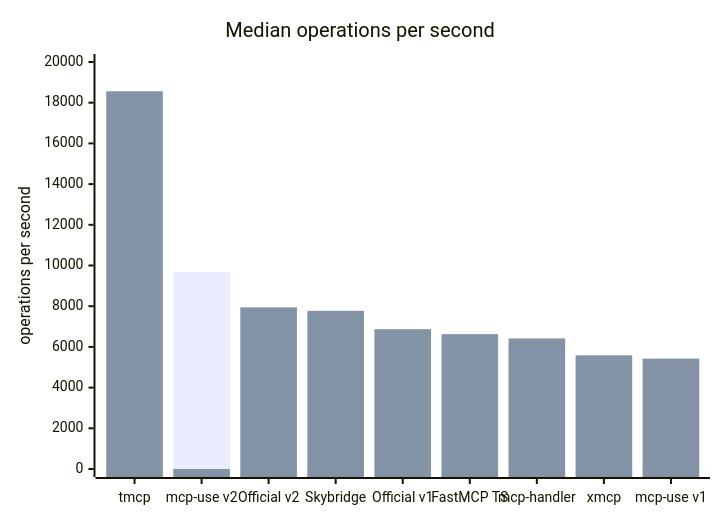
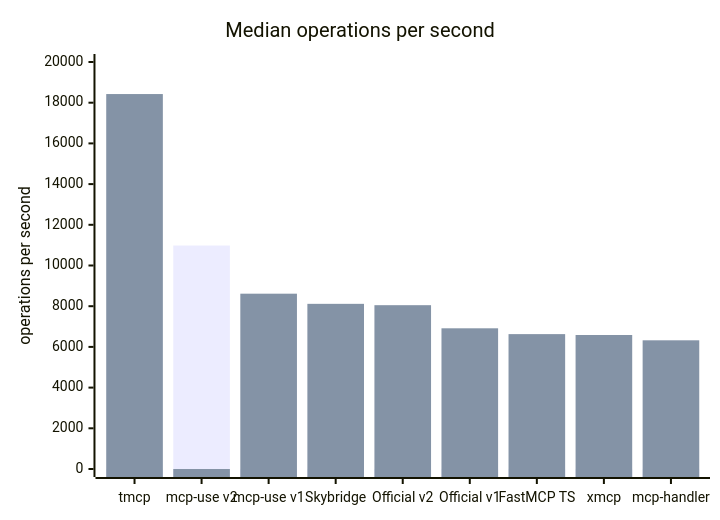
One commit to mcp-use/mcp-use changed the first of 4 diagrams in benchmark.md. Above: the diagram before and after it, drawn with Mermaid. The commit also changed other lines of this file and 1 other file, not shown here.

````diff
--- a/benchmark.md
+++ b/benchmark.md
@@ -27,8 +28,8 @@
 ```mermaid
 xychart
   title "Median operations per second"
-  x-axis ["tmcp", "mcp-use v2", "Official v2", "Skybridge", "Official v1", "FastMCP TS", "mcp-handler", "xmcp", "mcp-use v1"]
+  x-axis ["tmcp", "mcp-use v2", "mcp-use v1", "Skybridge", "Official v2", "Official v1", "FastMCP TS", "xmcp", "mcp-handler"]
   y-axis "operations per second" 0 --> 20000
-  bar [0, 9682, 0, 0, 0, 0, 0, 0, 0]
-  bar [18562, 0, 7943, 7773, 6871, 6628, 6416, 5585, 5424]
+  bar [0, 10982, 0, 0, 0, 0, 0, 0, 0]
+  bar [18425, 0, 8615, 8116, 8050, 6914, 6628, 6585, 6324]
 ```
````
